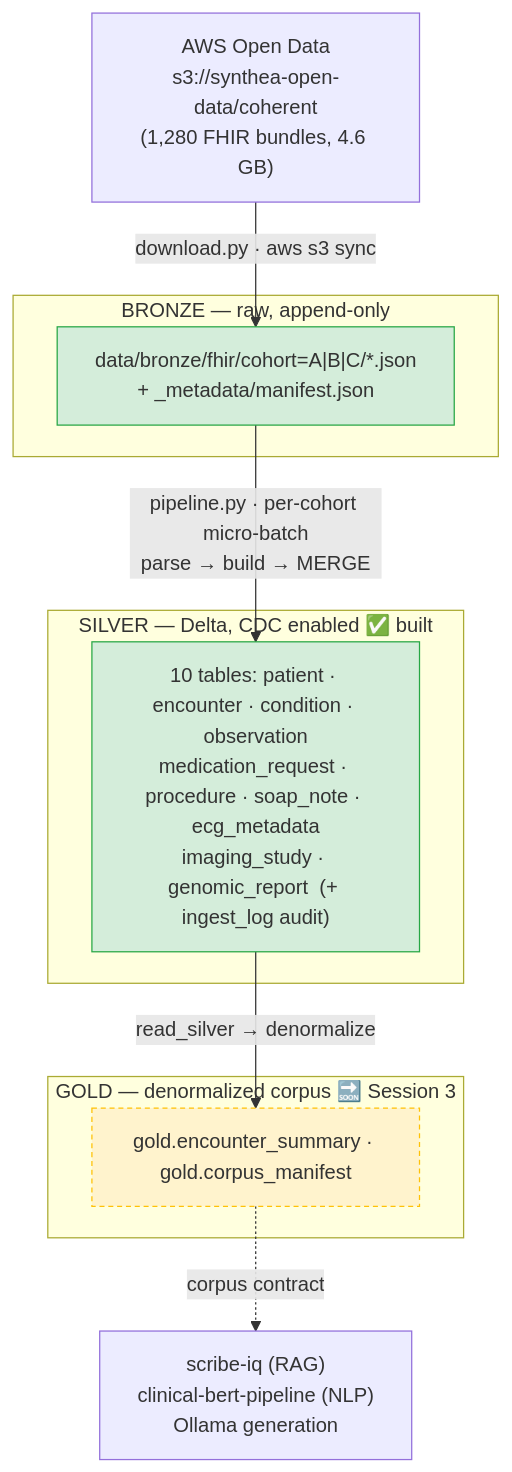
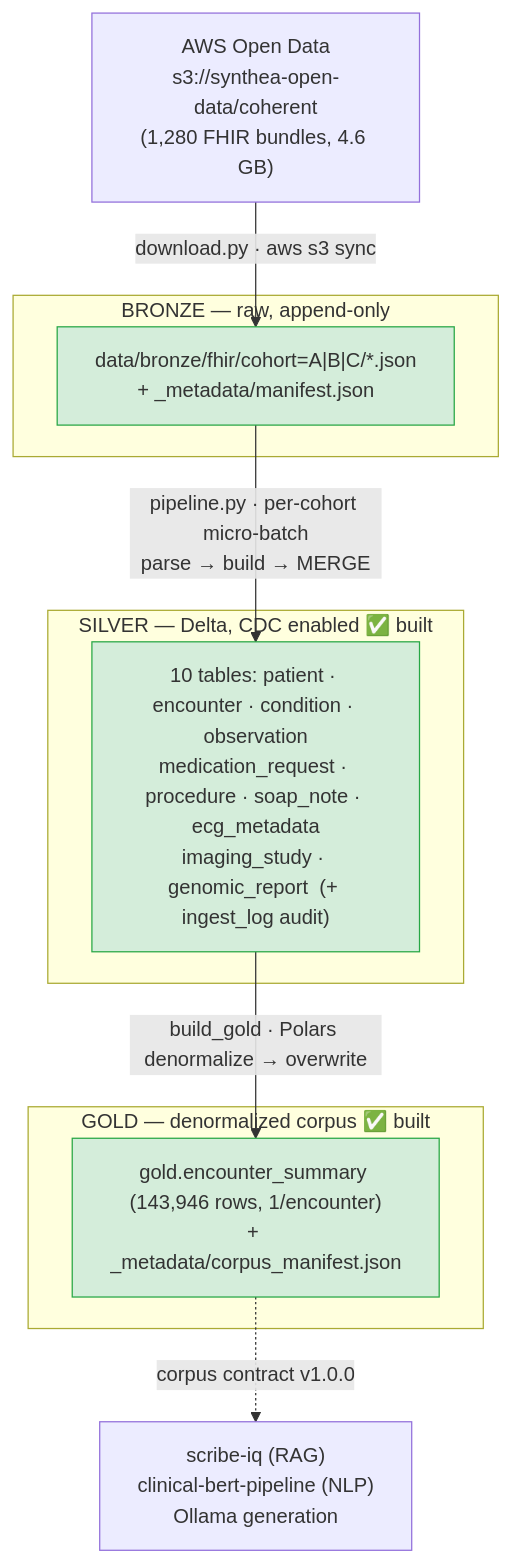
Before and after one commit to sandeep-jay/scribe-iq-lakehouse: the diagram in docs/ARCHITECTURE.md, drawn with Mermaid. The commit also changed other lines of this file and 17 other files, not shown here.

First line of the commit message:
feat(gold): add gold.encounter_summary corpus + contract (Session 3)

````diff
--- a/docs/ARCHITECTURE.md
+++ b/docs/ARCHITECTURE.md
@@ -16,26 +16,25 @@
 ```mermaid
 flowchart TD
     S3["AWS Open Data<br/>s3://synthea-open-data/coherent<br/>(1,280 FHIR bundles, 4.6 GB)"]
 
     subgraph BRONZE["BRONZE — raw, append-only"]
         B["data/bronze/fhir/cohort=A|B|C/*.json<br/>+ _metadata/manifest.json"]
     end
 
     subgraph SILVER["SILVER — Delta, CDC enabled ✅ built"]
         ST["10 tables: patient · encounter · condition · observation<br/>medication_request · procedure · soap_note · ecg_metadata<br/>imaging_study · genomic_report  (+ ingest_log audit)"]
     end
 
-    subgraph GOLD["GOLD — denormalized corpus  🔜 Session 3"]
-        G["gold.encounter_summary · gold.corpus_manifest"]
+    subgraph GOLD["GOLD — denormalized corpus ✅ built"]
+        G["gold.encounter_summary (143,946 rows, 1/encounter)<br/>+ _metadata/corpus_manifest.json"]
     end
 
     S3 -->|"download.py · aws s3 sync"| B
     B -->|"pipeline.py · per-cohort micro-batch<br/>parse → build → MERGE"| ST
-    ST -->|"read_silver → denormalize"| G
-    G -.->|"corpus contract"| DS["scribe-iq (RAG)<br/>clinical-bert-pipeline (NLP)<br/>Ollama generation"]
+    ST -->|"build_gold · Polars denormalize → overwrite"| G
+    G -.->|"corpus contract v1.0.0"| DS["scribe-iq (RAG)<br/>clinical-bert-pipeline (NLP)<br/>Ollama generation"]
 
     classDef done fill:#d4edda,stroke:#28a745;
     classDef planned fill:#fff3cd,stroke:#ffc107,stroke-dasharray:4 3;
-    class B,ST done;
-    class G planned;
+    class B,ST,G done;
 ```
````
